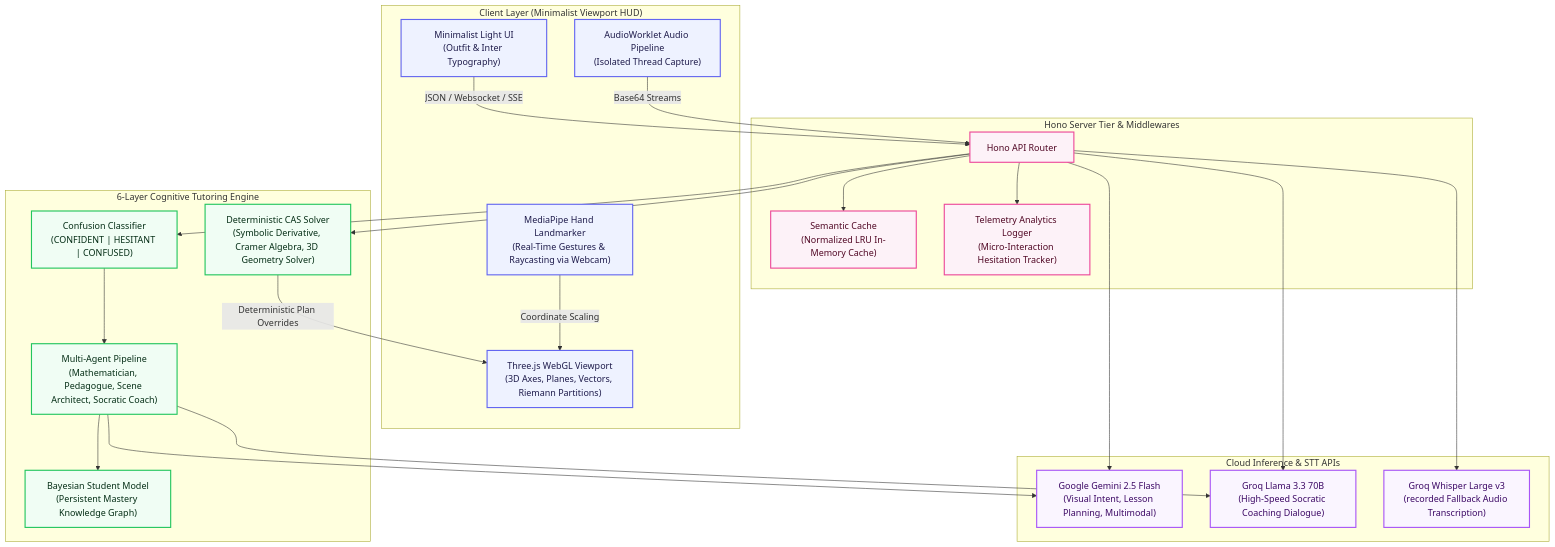
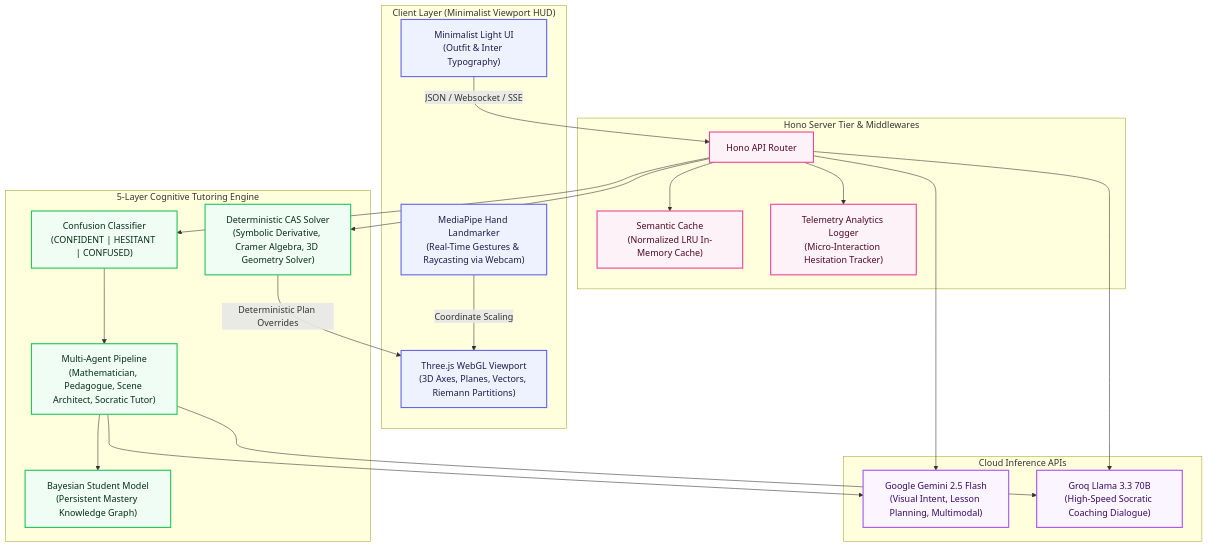
Before and after one commit to ShyamAlancode/ImmersiveSense: the diagram in README.md, drawn with Mermaid. The commit also changed other lines of this file and 30 other files, not shown here.

````diff
--- a/README.md
+++ b/README.md
@@ -49,55 +47,51 @@
 ```mermaid
 graph TD
     %% Styling Configuration
     classDef client fill:#eef2ff,stroke:#6366f1,stroke-width:2px,color:#1e1b4b;
     classDef server fill:#fdf2f8,stroke:#ec4899,stroke-width:2px,color:#500724;
     classDef cognitive fill:#f0fdf4,stroke:#22c55e,stroke-width:2px,color:#052e16;
     classDef external fill:#faf5ff,stroke:#a855f7,stroke-width:2px,color:#3b0764;
 
     %% Nodes Definitions
     subgraph Client ["Client Layer (Minimalist Viewport HUD)"]
         UI["Minimalist Light UI<br/>(Outfit & Inter Typography)"]:::client
         WebGL["Three.js WebGL Viewport<br/>(3D Axes, Planes, Vectors, Riemann Partitions)"]:::client
         CV["MediaPipe Hand Landmarker<br/>(Real-Time Gestures & Raycasting via Webcam)"]:::client
-        WebAudio["AudioWorklet Audio Pipeline<br/>(Isolated Thread Capture)"]:::client
     end
 
     subgraph Backend ["Hono Server Tier & Middlewares"]
         API["Hono API Router"]:::server
         Cache["Semantic Cache<br/>(Normalized LRU In-Memory Cache)"]:::server
         Logger["Telemetry Analytics Logger<br/>(Micro-Interaction Hesitation Tracker)"]:::server
     end
 
-    subgraph Cognitive ["6-Layer Cognitive Tutoring Engine"]
-        Orchestrator["Multi-Agent Pipeline<br/>(Mathematician, Pedagogue, Scene Architect, Socratic Coach)"]:::cognitive
+    subgraph Cognitive ["5-Layer Cognitive Tutoring Engine"]
+        Orchestrator["Multi-Agent Pipeline<br/>(Mathematician, Pedagogue, Scene Architect, Socratic Tutor)"]:::cognitive
         Bayesian["Bayesian Student Model<br/>(Persistent Mastery Knowledge Graph)"]:::cognitive
         CAS["Deterministic CAS Solver<br/>(Symbolic Derivative, Cramer Algebra, 3D Geometry Solver)"]:::cognitive
         Classifier["Confusion Classifier<br/>(CONFIDENT | HESITANT | CONFUSED)"]:::cognitive
     end
 
-    subgraph LLM ["Cloud Inference & STT APIs"]
+    subgraph LLM ["Cloud Inference APIs"]
         Gemini["Google Gemini 2.5 Flash<br/>(Visual Intent, Lesson Planning, Multimodal)"]:::external
         Llama["Groq Llama 3.3 70B<br/>(High-Speed Socratic Coaching Dialogue)"]:::external
-        Whisper["Groq Whisper Large v3<br/>(recorded Fallback Audio Transcription)"]:::external
     end
 
     %% Connections
     UI -->|JSON / Websocket / SSE| API
     CV -->|Coordinate Scaling| WebGL
-    WebAudio -->|Base64 Streams| API
 
     API --> Cache
     API --> Logger
     API --> CAS
     API --> Classifier
     
     Classifier --> Orchestrator
     CAS -->|Deterministic Plan Overrides| WebGL
     Orchestrator --> Bayesian
     Orchestrator --> Llama
     Orchestrator --> Gemini
 
-    API --> Whisper
     API --> Gemini
     API --> Llama
 ```
````
